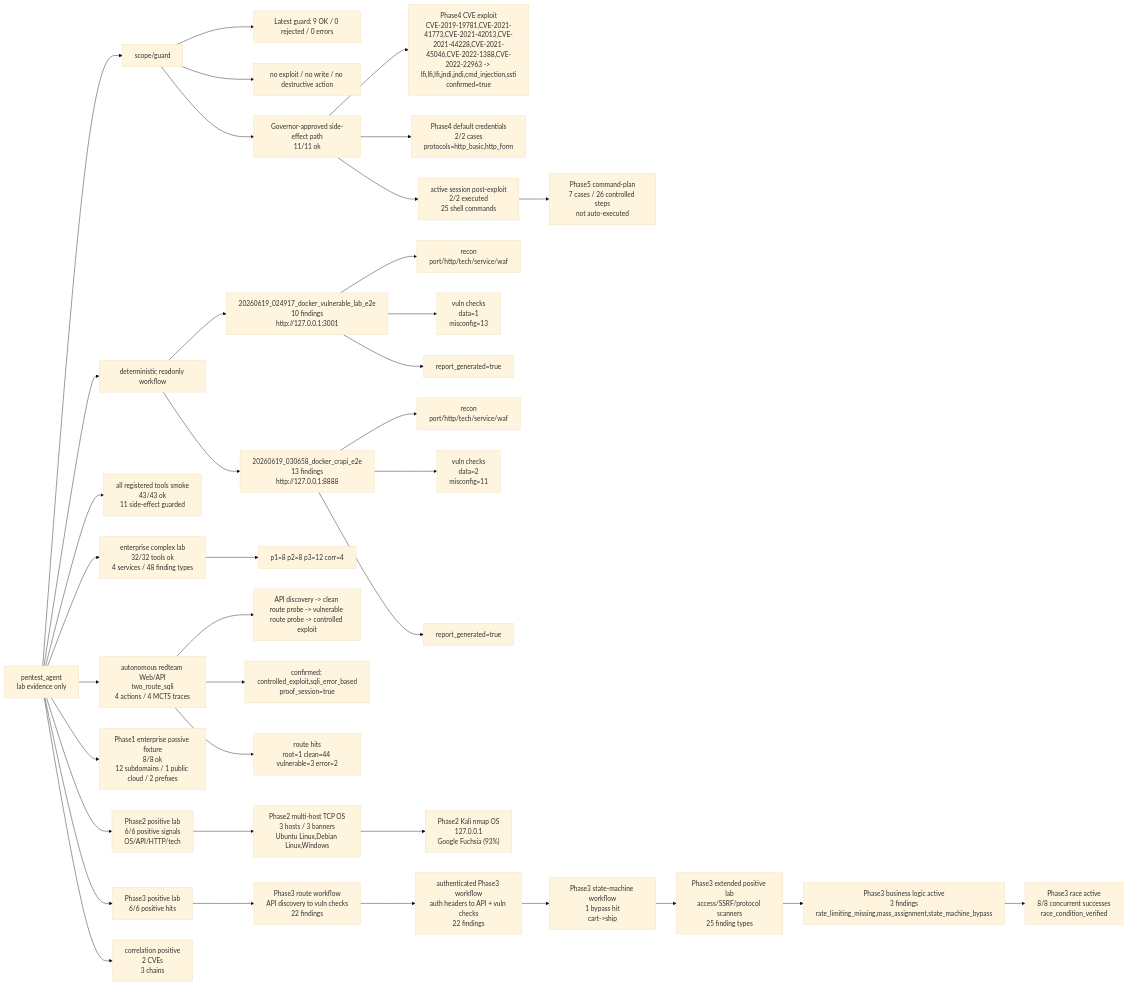
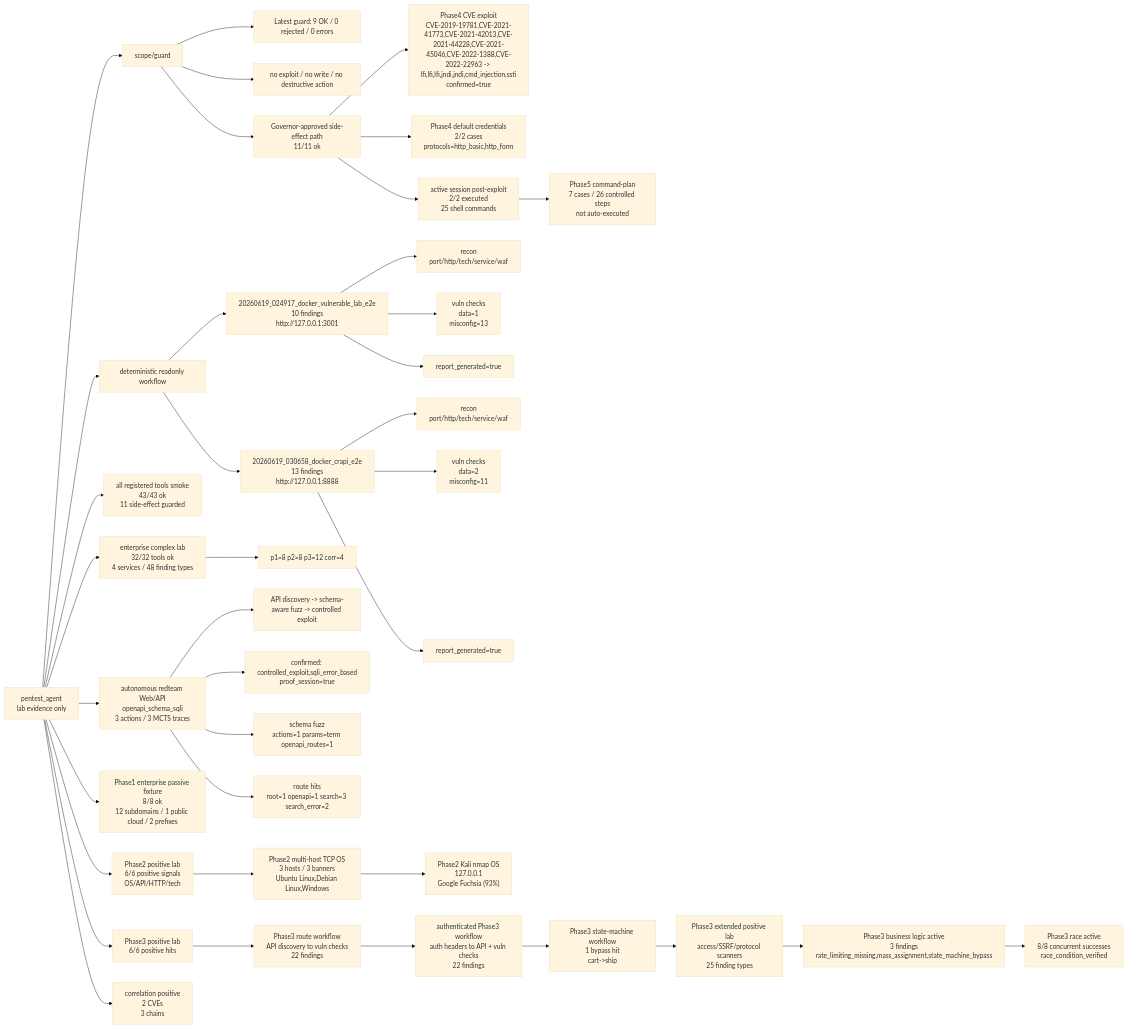
The diagram in docs/45_testing/pentest_agent_capability_map.md (SakuraYoruno/Natsume_Ai), drawn with Mermaid (base theme) before and after one commit. The commit also changed other lines of this file and 10 other files, not shown here.

Commit message:
feat(pentest): add schema-aware autonomous API fuzzing

````diff
--- a/docs/45_testing/pentest_agent_capability_map.md
+++ b/docs/45_testing/pentest_agent_capability_map.md
@@ -158,39 +158,40 @@
 ```mermaid
 flowchart LR
   A["pentest_agent\nlab evidence only"] --> G["scope/guard"]
   A --> W["deterministic readonly workflow"]
   G --> G1["Latest guard: 9 OK / 0 rejected / 0 errors"]
   G --> G2["no exploit / no write / no destructive action"]
   W --> L1["20260619_024917_docker_vulnerable_lab_e2e\n10 findings\nhttp://127.0.0.1:3001"]
   L1 --> L1R["recon\nport/http/tech/service/waf"]
   L1 --> L1V["vuln checks\ndata=1\nmisconfig=13"]
   L1 --> L1P["report_generated=true"]
   W --> L2["20260619_030658_docker_crapi_e2e\n13 findings\nhttp://127.0.0.1:8888"]
   L2 --> L2R["recon\nport/http/tech/service/waf"]
   L2 --> L2V["vuln checks\ndata=2\nmisconfig=11"]
   L2 --> L2P["report_generated=true"]
   A --> S["all registered tools smoke\n43/43 ok\n11 side-effect guarded"]
   A --> EC["enterprise complex lab\n32/32 tools ok\n4 services / 48 finding types"]
   EC --> ECP["p1=8 p2=8 p3=12 corr=4"]
-  A --> ART["autonomous redteam Web/API\ntwo_route_sqli\n4 actions / 4 MCTS traces"]
-  ART --> ART1["API discovery -> clean route probe -> vulnerable route probe -> controlled exploit"]
+  A --> ART["autonomous redteam Web/API\nopenapi_schema_sqli\n3 actions / 3 MCTS traces"]
+  ART --> ART1["API discovery -> schema-aware fuzz -> controlled exploit"]
   ART --> ART2["confirmed: controlled_exploit,sqli_error_based\nproof_session=true"]
-  ART --> ART3["route hits\nroot=1 clean=44 vulnerable=3 error=2"]
+  ART --> ART3["schema fuzz\nactions=1 params=term openapi_routes=1"]
+  ART --> ART4["route hits\nroot=1 openapi=1 search=3 search_error=2"]
   A --> P1["Phase1 enterprise passive fixture\n8/8 ok\n12 subdomains / 1 public cloud / 2 prefixes"]
   A --> P2["Phase2 positive lab\n6/6 positive signals\nOS/API/HTTP/tech"]
   P2 --> P2M["Phase2 multi-host TCP OS\n3 hosts / 3 banners\nUbuntu Linux,Debian Linux,Windows"]
   P2M --> P2K["Phase2 Kali nmap OS\n127.0.0.1\nGoogle Fuchsia (93%)"]
   A --> P["Phase3 positive lab\n6/6 positive hits"]
   P --> R3["Phase3 route workflow\nAPI discovery to vuln checks\n22 findings"]
   R3 --> AR3["authenticated Phase3 workflow\nauth headers to API + vuln checks\n22 findings"]
   AR3 --> SM3["Phase3 state-machine workflow\n1 bypass hit\ncart->ship"]
   SM3 --> XP3["Phase3 extended positive lab\naccess/SSRF/protocol scanners\n25 finding types"]
   XP3 --> BL3["Phase3 business logic active\n3 findings\nrate_limiting_missing,mass_assignment,state_machine_bypass"]
   BL3 --> RC3["Phase3 race active\n8/8 concurrent successes\nrace_condition_verified"]
   G --> E["Governor-approved side-effect path\n11/11 ok"]
   E --> CVE4["Phase4 CVE exploit\nCVE-2019-19781,CVE-2021-41773,CVE-2021-42013,CVE-2021-44228,CVE-2021-45046,CVE-2022-1388,CVE-2022-22963 -> lfi,lfi,lfi,jndi,jndi,cmd_injection,ssti\nconfirmed=true"]
   E --> DC4["Phase4 default credentials\n2/2 cases\nprotocols=http_basic,http_form"]
   A --> C["correlation positive\n2 CVEs\n3 chains"]
   E --> AS["active session post-exploit\n2/2 executed\n25 shell commands"]
   AS --> CP5["Phase5 command-plan\n7 cases / 26 controlled steps\nnot auto-executed"]
 ```
````
